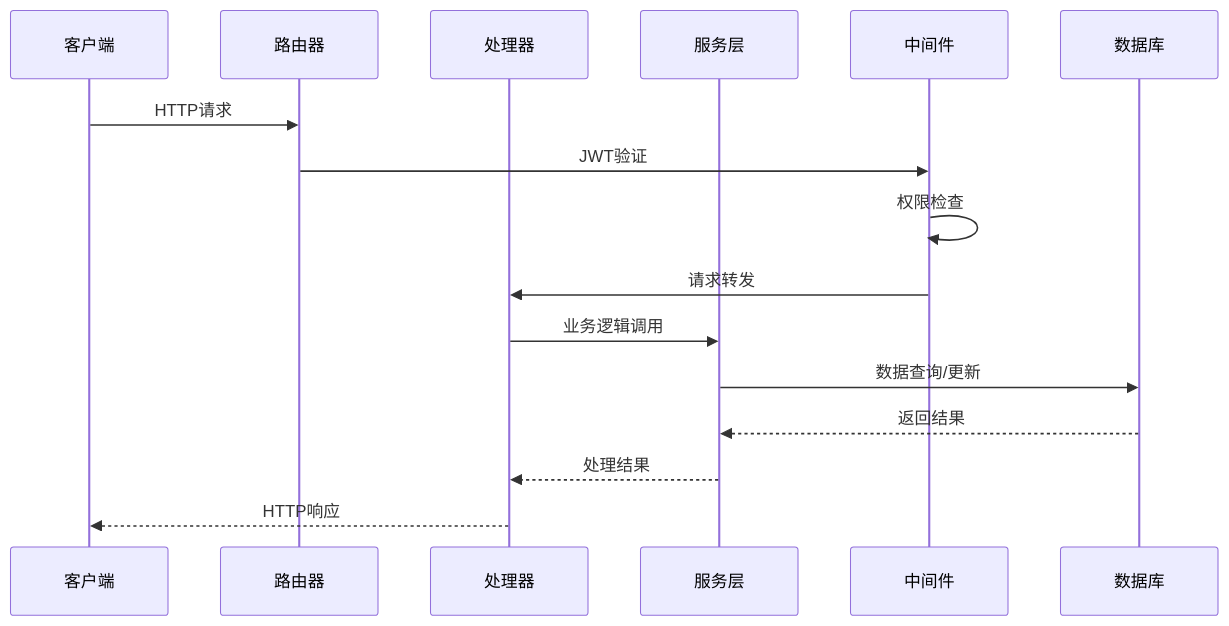
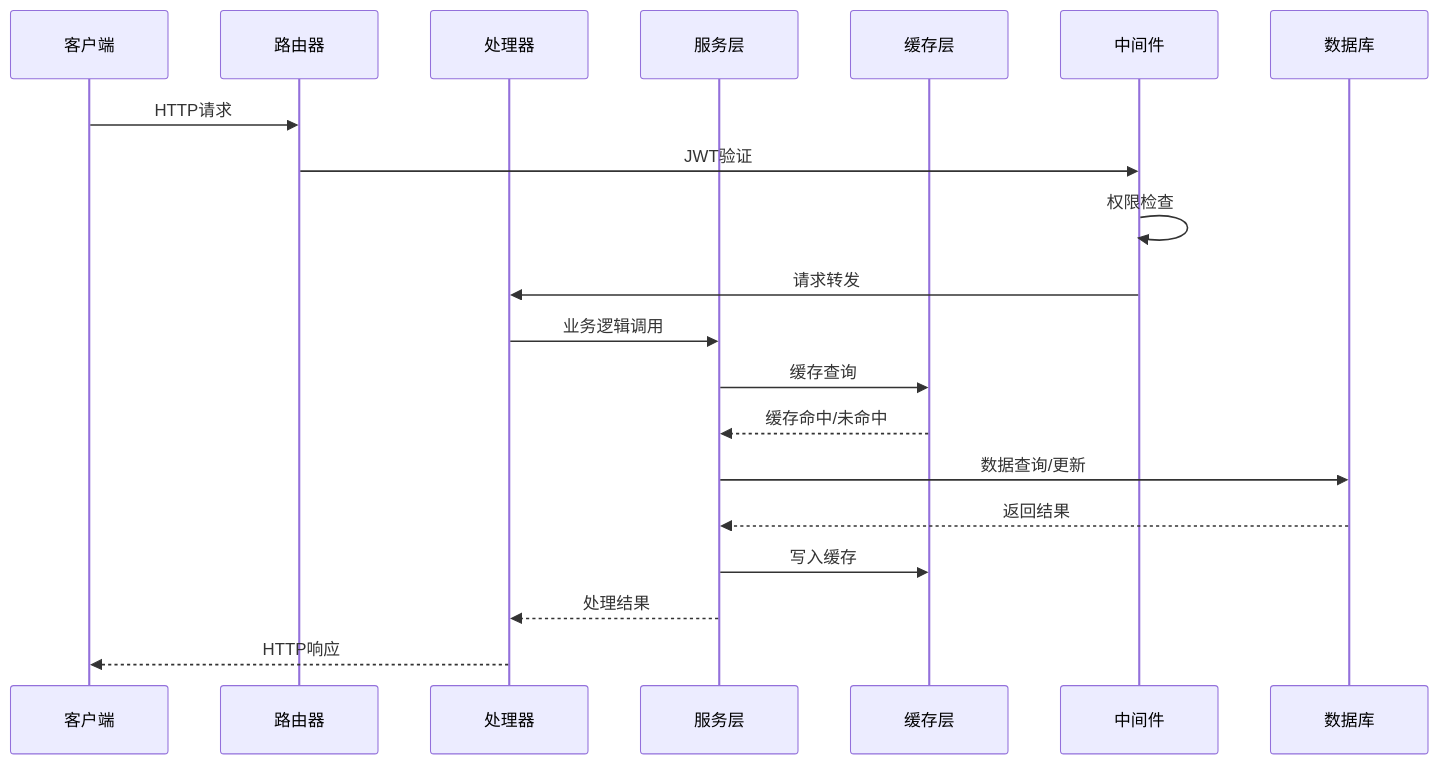
Before and after one commit to wuwuseo/e-sports-go-admin: the second of 6 diagrams in .qoder/repowiki/zh/content/API接口文档/权限管理接口.md, drawn with Mermaid. The commit also changed other lines of this file and 26 other files, not shown here.

````diff
--- a/.qoder/repowiki/zh/content/API接口文档/权限管理接口.md
+++ b/.qoder/repowiki/zh/content/API接口文档/权限管理接口.md
@@ -97,18 +114,22 @@
 ```mermaid
 sequenceDiagram
 participant Client as 客户端
 participant Router as 路由器
 participant Handler as 处理器
 participant Service as 服务层
+participant Cache as 缓存层
 participant Middleware as 中间件
 participant DB as 数据库
 Client->>Router : HTTP请求
 Router->>Middleware : JWT验证
 Middleware->>Middleware : 权限检查
 Middleware->>Handler : 请求转发
 Handler->>Service : 业务逻辑调用
+Service->>Cache : 缓存查询
+Cache-->>Service : 缓存命中/未命中
 Service->>DB : 数据查询/更新
 DB-->>Service : 返回结果
+Service->>Cache : 写入缓存
 Service-->>Handler : 处理结果
 Handler-->>Client : HTTP响应
 ```
````
